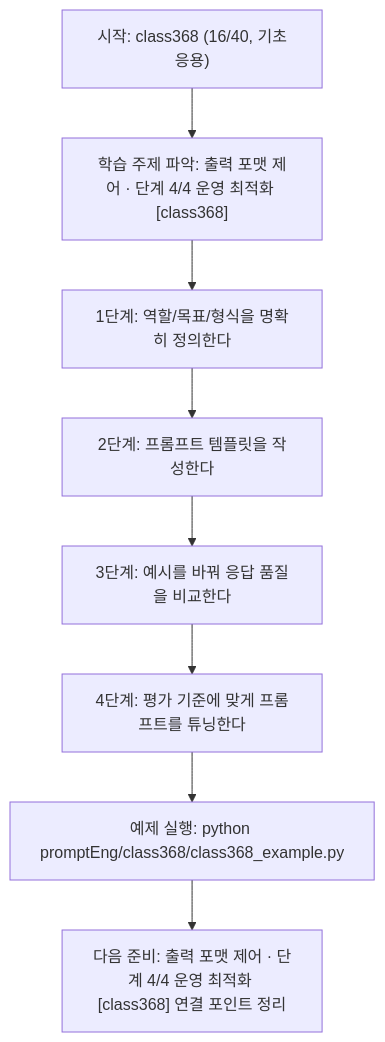
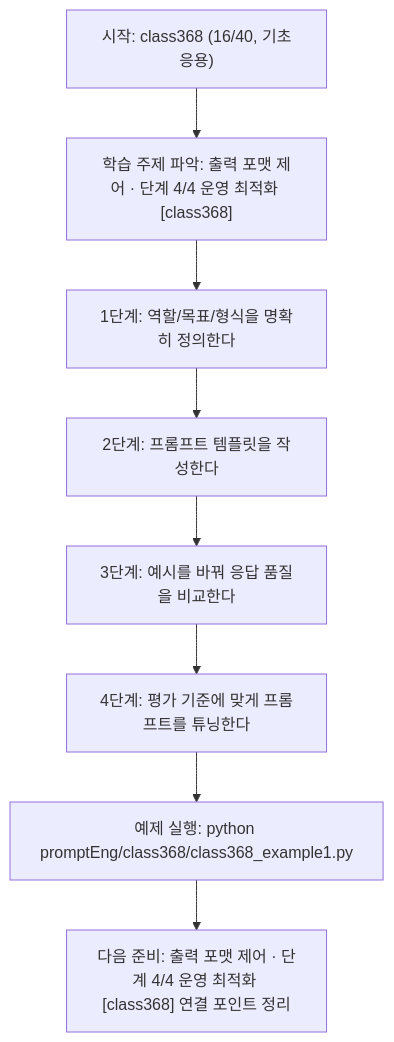
One commit to edumgt/Python-AI_Agent-Class changed the diagram in promptEng/class368/class368.md. Above: the diagram before and after it, drawn with Mermaid. The commit also changed other lines of this file and 2959 other files, not shown here.

````diff
--- a/promptEng/class368/class368.md
+++ b/promptEng/class368/class368.md
@@ -110,18 +110,18 @@
 ```mermaid
 flowchart TD
 N1["시작: class368 (16/40, 기초응용)"]
 N2["학습 주제 파악: 출력 포맷 제어 · 단계 4/4 운영 최적화 [class368]"]
 N3["1단계: 역할/목표/형식을 명확히 정의한다"]
 N4["2단계: 프롬프트 템플릿을 작성한다"]
 N5["3단계: 예시를 바꿔 응답 품질을 비교한다"]
 N6["4단계: 평가 기준에 맞게 프롬프트를 튜닝한다"]
-N7["예제 실행: python promptEng/class368/class368_example.py"]
+N7["예제 실행: python promptEng/class368/class368_example1.py"]
 N8["다음 준비: 출력 포맷 제어 · 단계 4/4 운영 최적화 [class368] 연결 포인트 정리"]
 N1 --> N2
 N2 --> N3
 N3 --> N4
 N4 --> N5
 N5 --> N6
 N6 --> N7
 N7 --> N8
 ```
````
